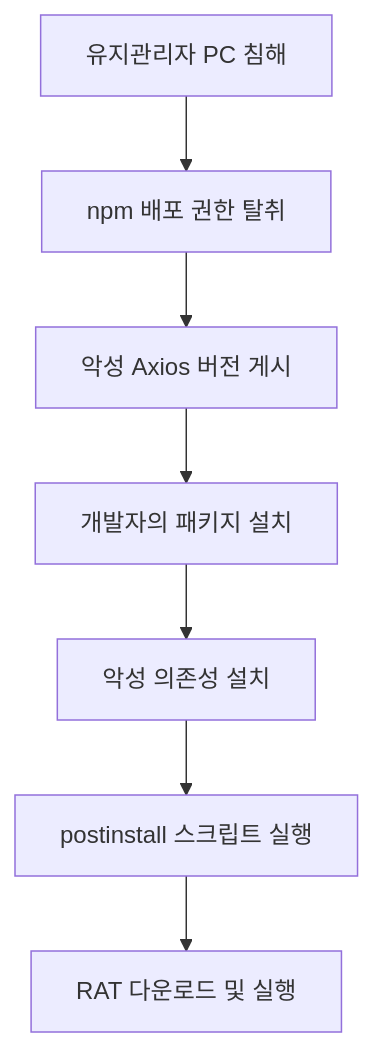
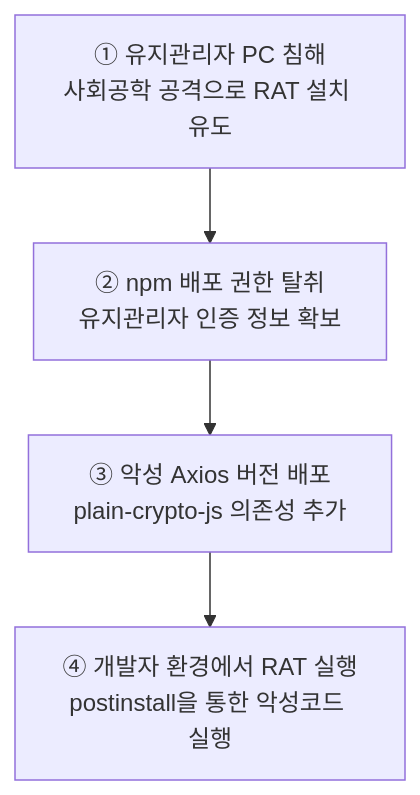
The diagram in _posts/2026-11-24-axios-supply-chain-attack.md (jjihhwaan/jjihhwaan.github.io), drawn with Mermaid before and after one commit.

````diff
--- a/_posts/2026-11-24-axios-supply-chain-attack.md
+++ b/_posts/2026-11-24-axios-supply-chain-attack.md
@@ -161,9 +161,11 @@
 ```mermaid
 flowchart TD
-    A["유지관리자 PC 침해"] --> B["npm 배포 권한 탈취"]
-    B --> C["악성 Axios 버전 게시"]
-    C --> D["개발자의 패키지 설치"]
-    D --> E["악성 의존성 설치"]
-    E --> F["postinstall 스크립트 실행"]
-    F --> G["RAT 다운로드 및 실행"]
+    A["① 유지관리자 PC 침해<br/>사회공학 공격으로 RAT 설치 유도"]
+    B["② npm 배포 권한 탈취<br/>유지관리자 인증 정보 확보"]
+    C["③ 악성 Axios 버전 배포<br/>plain-crypto-js 의존성 추가"]
+    D["④ 개발자 환경에서 RAT 실행<br/>postinstall을 통한 악성코드 실행"]
+
+    A --> B
+    B --> C
+    C --> D
 ```
````
